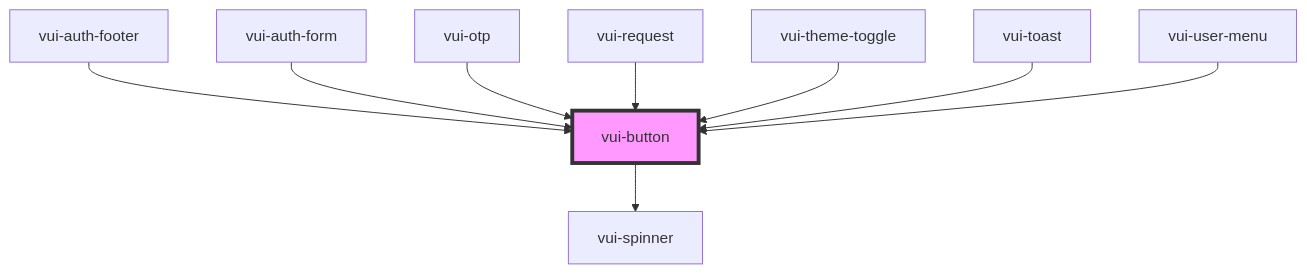
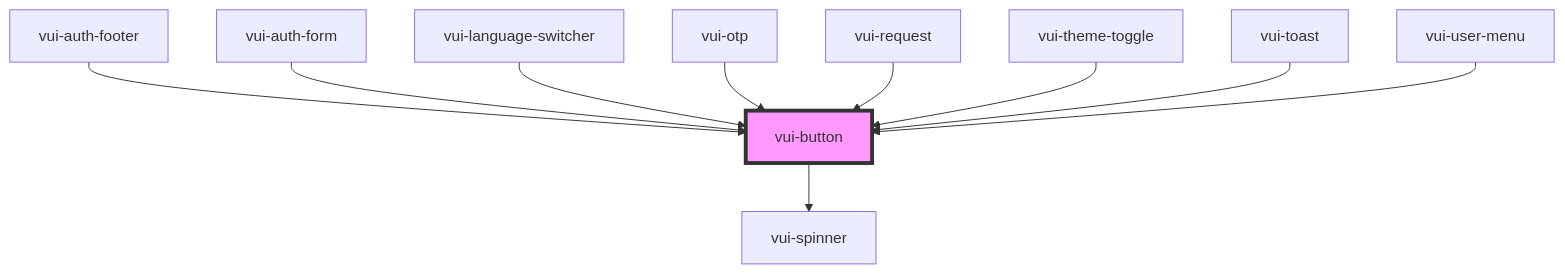
One commit to verite-team/verite-elements changed the diagram in packages/stencil-library/src/components/button/readme.md. Above: the diagram before and after it, drawn with Mermaid. The commit also changed other lines of this file and 7 other files, not shown here.

````diff
--- a/packages/stencil-library/src/components/button/readme.md
+++ b/packages/stencil-library/src/components/button/readme.md
@@ -52,12 +53,13 @@
 ```mermaid
 graph TD;
   vui-button --> vui-spinner
   vui-auth-footer --> vui-button
   vui-auth-form --> vui-button
+  vui-language-switcher --> vui-button
   vui-otp --> vui-button
   vui-request --> vui-button
   vui-theme-toggle --> vui-button
   vui-toast --> vui-button
   vui-user-menu --> vui-button
   style vui-button fill:#f9f,stroke:#333,stroke-width:4px
 ```
````
